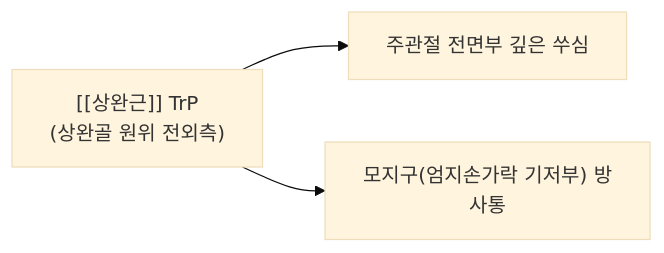
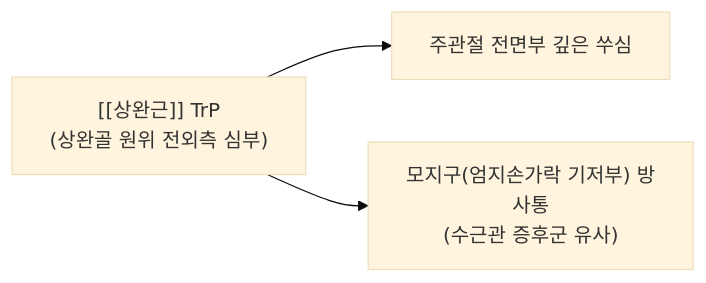
Before and after one commit to simbio11/simbio-digital-garden2: the third of 3 diagrams in content/1. 근골격계 공부/근육/(5) 상완부/상완근.md, drawn with Mermaid (base theme). The commit also changed other lines of this file and 150 other files, not shown here.

````diff
--- a/content/1. 근골격계 공부/근육/(5) 상완부/상완근.md
+++ b/content/1. 근골격계 공부/근육/(5) 상완부/상완근.md
@@ -67,6 +76,5 @@
 ```mermaid
 flowchart LR
-    TP["[[상완근]] TrP
-(상완골 원위 전외측)"] --> Zone1["주관절 전면부 깊은 쑤심"]
-    TP --> Zone2["모지구(엄지손가락 기저부) 방사통"]
+    TP["[[상완근]] TrP<br>(상완골 원위 전외측 심부)"] --> Zone1["주관절 전면부 깊은 쑤심"]
+    TP --> Zone2["모지구(엄지손가락 기저부) 방사통<br>(수근관 증후군 유사)"]
 ```
````
